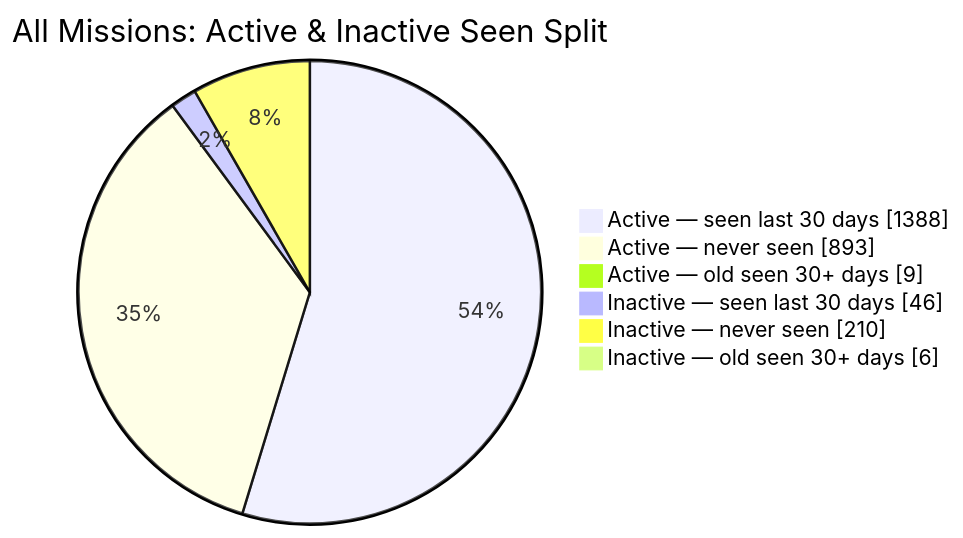
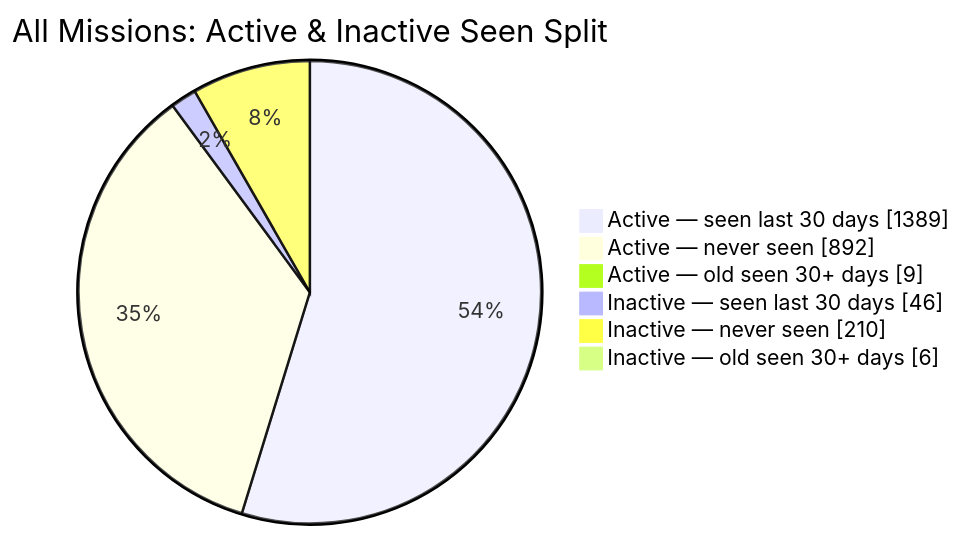
Before and after one commit to MeldkamerspelGameTeam/active-missions: the second of 2 diagrams in README.md, drawn with Mermaid. The commit also changed other lines of this file and 2 other files, not shown here.

````diff
--- a/README.md
+++ b/README.md
@@ -44,10 +44,10 @@
 ```mermaid
 pie showData
     title All Missions: Active & Inactive Seen Split
-    "Active — seen last 30 days" : 1388
-    "Active — never seen" : 893
+    "Active — seen last 30 days" : 1389
+    "Active — never seen" : 892
     "Active — old seen 30+ days" : 9
     "Inactive — seen last 30 days" : 46
     "Inactive — never seen" : 210
     "Inactive — old seen 30+ days" : 6
 ```
````
